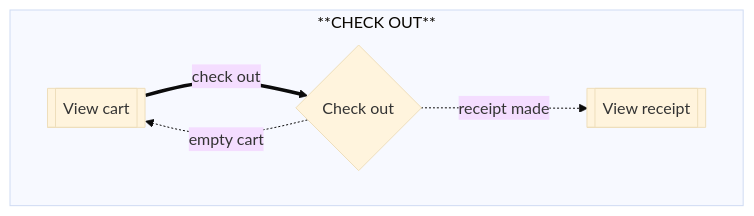
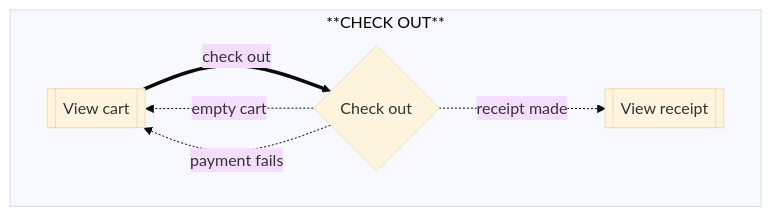
One commit to samanthaegilson/COMP-2452 changed the second of 2 diagrams in 2452-pos/flows.md. Above: the diagram before and after it, drawn with Mermaid (base theme). The commit also changed 16 other files, not shown here.

````diff
--- a/2452-pos/flows.md
+++ b/2452-pos/flows.md
@@ -28,11 +28,12 @@
 ```mermaid
 flowchart
   subgraph **CHECK OUT**
     cart[[View cart]]
     checkOut{Check out}
     receipt[[View receipt]]
     cart ==check out==> checkOut
     checkOut -.receipt made.-> receipt
     checkOut -.empty cart.-> cart
+    checkOut -.payment fails.-> cart
   end
 ```
````
